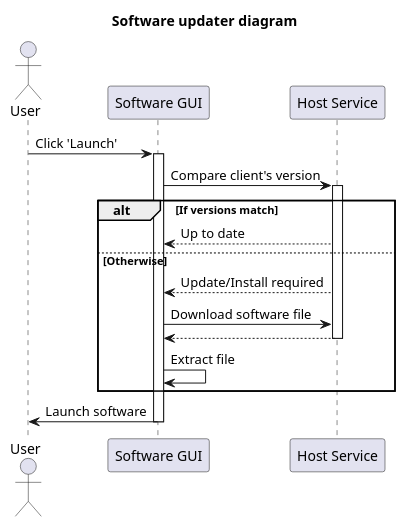
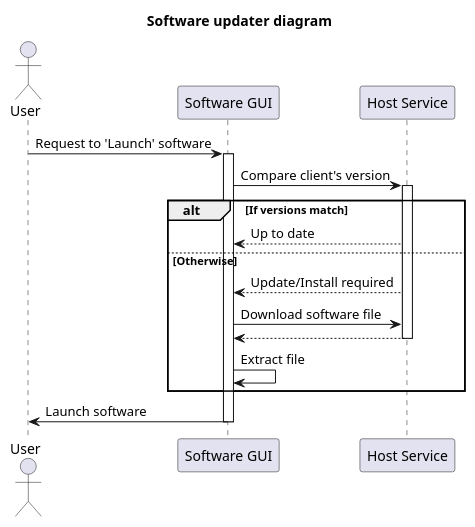
The diagram in UML/concept.puml (Gann4Life/gclient-py), drawn with PlantUML before and after one commit.

```diff
--- a/UML/concept.puml
+++ b/UML/concept.puml
@@ -1,23 +1,23 @@
 @startuml
 
 title "Software updater diagram"
 
 actor User
 participant "Software GUI" as ClientApp
 participant "Host Service" as Database
 
-User -> ClientApp++: Click 'Launch'
+User -> ClientApp++: Request to 'Launch' software
 ClientApp -> Database++: Compare client's version
 alt If versions match
     ClientApp <-- Database: Up to date
 else Otherwise
     ClientApp <-- Database: Update/Install required
     ClientApp -> Database: Download software file
     ClientApp <-- Database--
 
     ClientApp -> ClientApp: Extract file
 end
 User <- ClientApp--: Launch software
 
 
 @enduml
```
